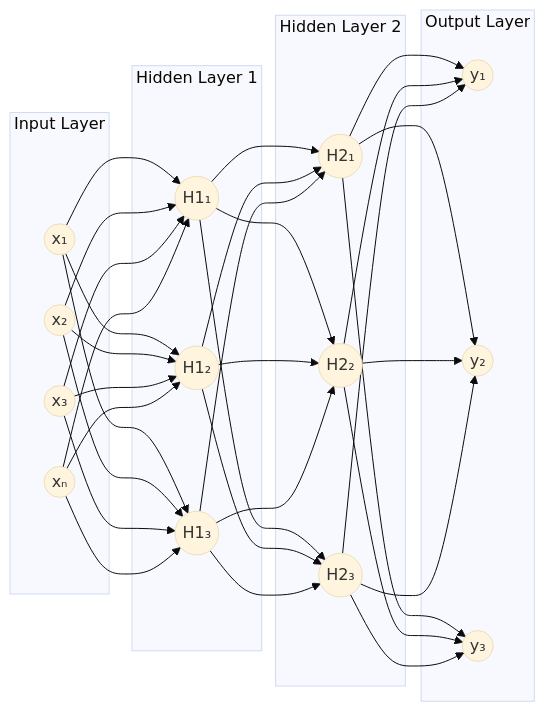
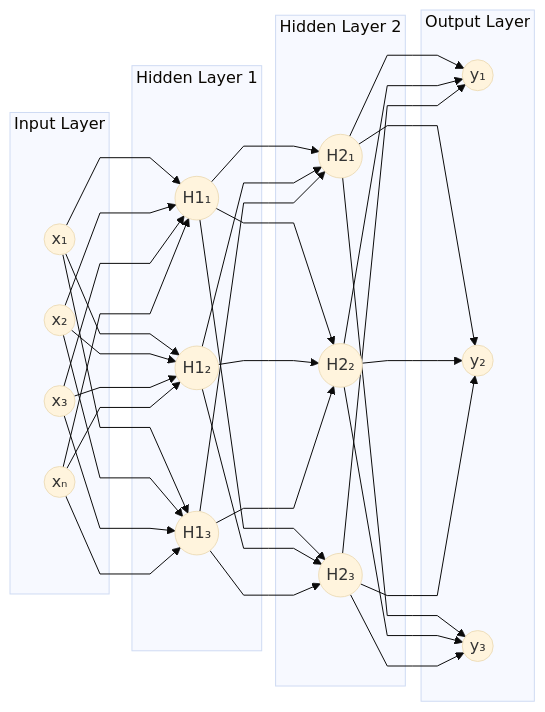
One commit to DanielDiGiovanni-py/MLP changed the diagram in README.md. Above: the diagram before and after it, drawn with Mermaid (base theme).

````diff
--- a/README.md
+++ b/README.md
@@ -3,70 +3,71 @@
 ```mermaid
+%%{ init: { 'flowchart': { 'curve': 'linear' }}}%%
 flowchart LR
     subgraph Input Layer
         x1((x₁))
         x2((x₂))
         x3((x₃))
         xN((xₙ))
     end
 
     subgraph Hidden Layer 1
         h1((H1₁))
         h2((H1₂))
         h3((H1₃))
     end
     
     subgraph Hidden Layer 2
         h4((H2₁))
         h5((H2₂))
         h6((H2₃))
     end
     
     subgraph Output Layer
         y1((y₁))
         y2((y₂))
         y3((y₃))
     end
 
     %% Connections from Input to Hidden Layer 1
     x1 --> h1
     x1 --> h2
     x1 --> h3
 
     x2 --> h1
     x2 --> h2
     x2 --> h3
 
     x3 --> h1
     x3 --> h2
     x3 --> h3
 
     xN --> h1
     xN --> h2
     xN --> h3
 
     %% Connections from Hidden Layer 1 to Hidden Layer 2
     h1 --> h4
     h1 --> h5
     h1 --> h6
 
     h2 --> h4
     h2 --> h5
     h2 --> h6
 
     h3 --> h4
     h3 --> h5
     h3 --> h6
 
     %% Connections from Hidden Layer 2 to Output Layer
     h4 --> y1
     h4 --> y2
     h4 --> y3
 
     h5 --> y1
     h5 --> y2
     h5 --> y3
 
     h6 --> y1
     h6 --> y2
     h6 --> y3
 ```
````
